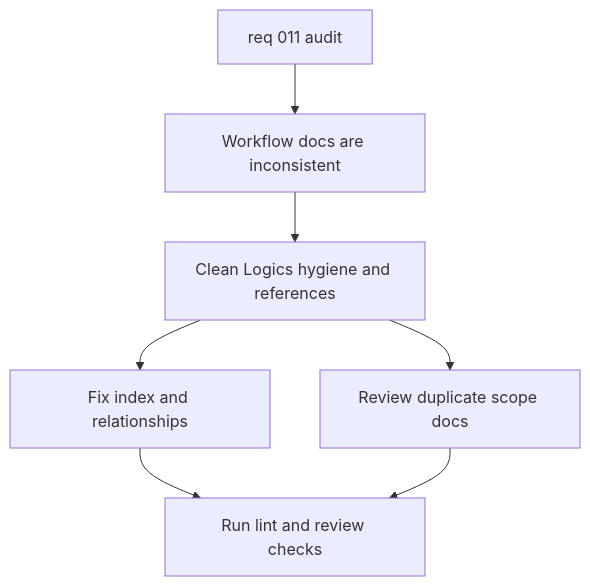
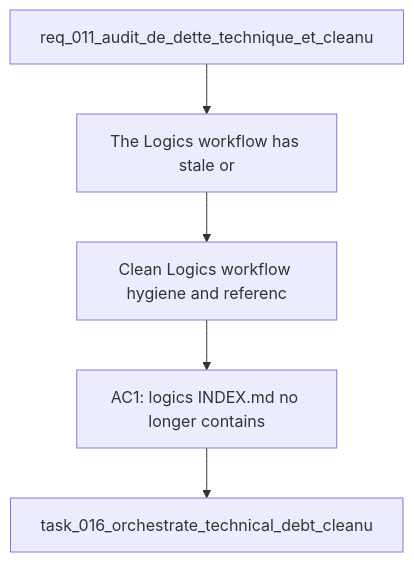
The diagram in logics/backlog/item_042_clean_logics_workflow_hygiene_and_references.md (AlexAgo83/deepvault), drawn with Mermaid before and after one commit. The commit also changed 57 other files, not shown here.

````diff
--- a/logics/backlog/item_042_clean_logics_workflow_hygiene_and_references.md
+++ b/logics/backlog/item_042_clean_logics_workflow_hygiene_and_references.md
@@ -22,11 +22,9 @@
 ```mermaid
 %% logics-kind: backlog
 %% logics-signature: backlog|clean-logics-workflow-hygiene-and-refere|req-011-audit-de-dette-technique-et-clea|the-logics-workflow-has-stale-or|ac1-logics-index-md-no-longer-contains
 flowchart TD
-    Request[req 011 audit] --> Problem[Workflow docs are inconsistent]
-    Problem --> Scope[Clean Logics hygiene and references]
-    Scope --> Index[Fix index and relationships]
-    Scope --> Duplicates[Review duplicate scope docs]
-    Index --> Validate[Run lint and review checks]
-    Duplicates --> Validate
+    Request[req_011_audit_de_dette_technique_et_cleanu] --> Problem[The Logics workflow has stale or]
+    Problem --> Scope[Clean Logics workflow hygiene and referenc]
+    Scope --> Acceptance[AC1: logics INDEX.md no longer contains]
+    Acceptance --> Tasks[task_016_orchestrate_technical_debt_cleanu]
 ```
````
